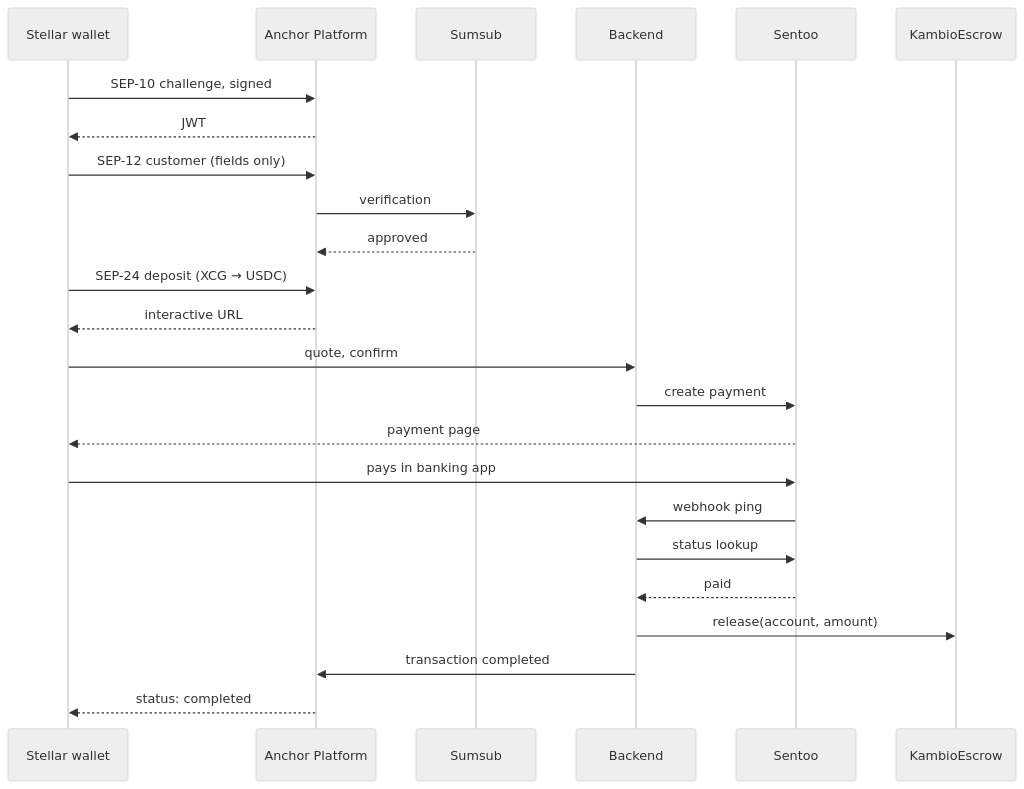
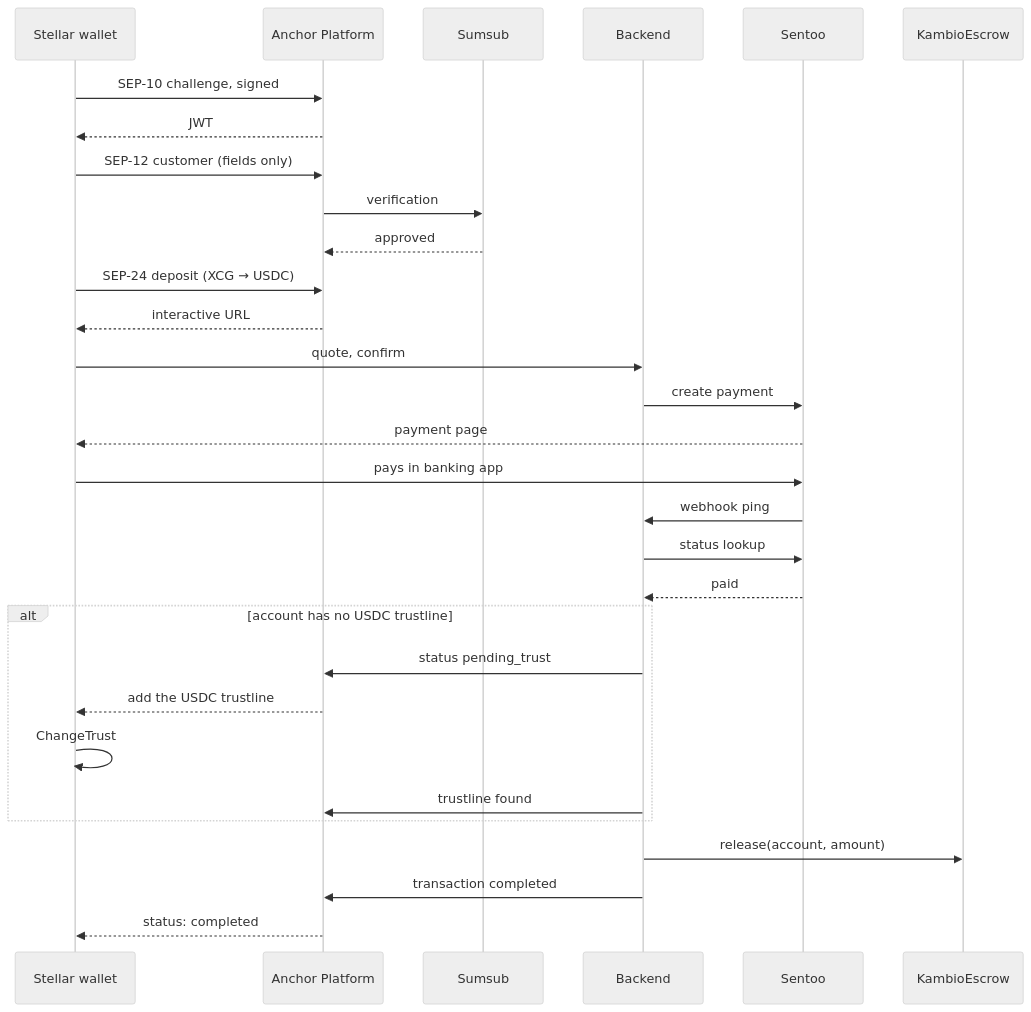
One commit to BreadchainCoop/curacao-crypto-onramp-bot changed the eighth of 8 diagrams in contracts/stellar/ARCHITECTURE.md. Above: the diagram before and after it, drawn with Mermaid (neutral theme). The commit also changed other lines of this file, not shown here.

Commit message:
docs(stellar): simplify the architecture doc, add the overview and trustline step

````diff
--- a/contracts/stellar/ARCHITECTURE.md
+++ b/contracts/stellar/ARCHITECTURE.md
@@ -431,27 +243,33 @@
 ```mermaid
 sequenceDiagram
   participant W as Stellar wallet
   participant AP as Anchor Platform
   participant KYC as Sumsub
   participant BE as Backend
   participant S as Sentoo
   participant KE as KambioEscrow
 
   W->>AP: SEP-10 challenge, signed
   AP-->>W: JWT
   W->>AP: SEP-12 customer (fields only)
   AP->>KYC: verification
   KYC-->>AP: approved
   W->>AP: SEP-24 deposit (XCG → USDC)
   AP-->>W: interactive URL
   W->>BE: quote, confirm
   BE->>S: create payment
   S-->>W: payment page
   W->>S: pays in banking app
   S->>BE: webhook ping
   BE->>S: status lookup
   S-->>BE: paid
+  alt account has no USDC trustline
+    BE->>AP: status pending_trust
+    AP-->>W: add the USDC trustline
+    W->>W: ChangeTrust
+    BE->>AP: trustline found
+  end
   BE->>KE: release(account, amount)
   BE->>AP: transaction completed
   AP-->>W: status: completed
 ```
````
